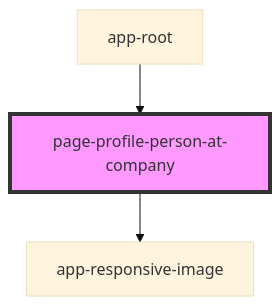
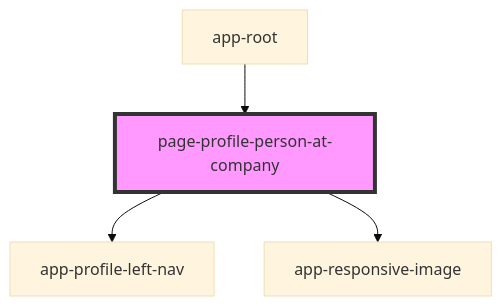
Before and after one commit to lokheed/IconEventNetwork.Web: the diagram in iconeventnetwork-web/src/components/pages/page-profile-person-at-company/readme.md, drawn with Mermaid (base theme). The commit also changed other lines of this file and 10 other files, not shown here.

````diff
--- a/iconeventnetwork-web/src/components/pages/page-profile-person-at-company/readme.md
+++ b/iconeventnetwork-web/src/components/pages/page-profile-person-at-company/readme.md
@@ -26,6 +27,7 @@
 ```mermaid
 graph TD;
+  page-profile-person-at-company --> app-profile-left-nav
   page-profile-person-at-company --> app-responsive-image
   app-root --> page-profile-person-at-company
   style page-profile-person-at-company fill:#f9f,stroke:#333,stroke-width:4px
 ```
````
